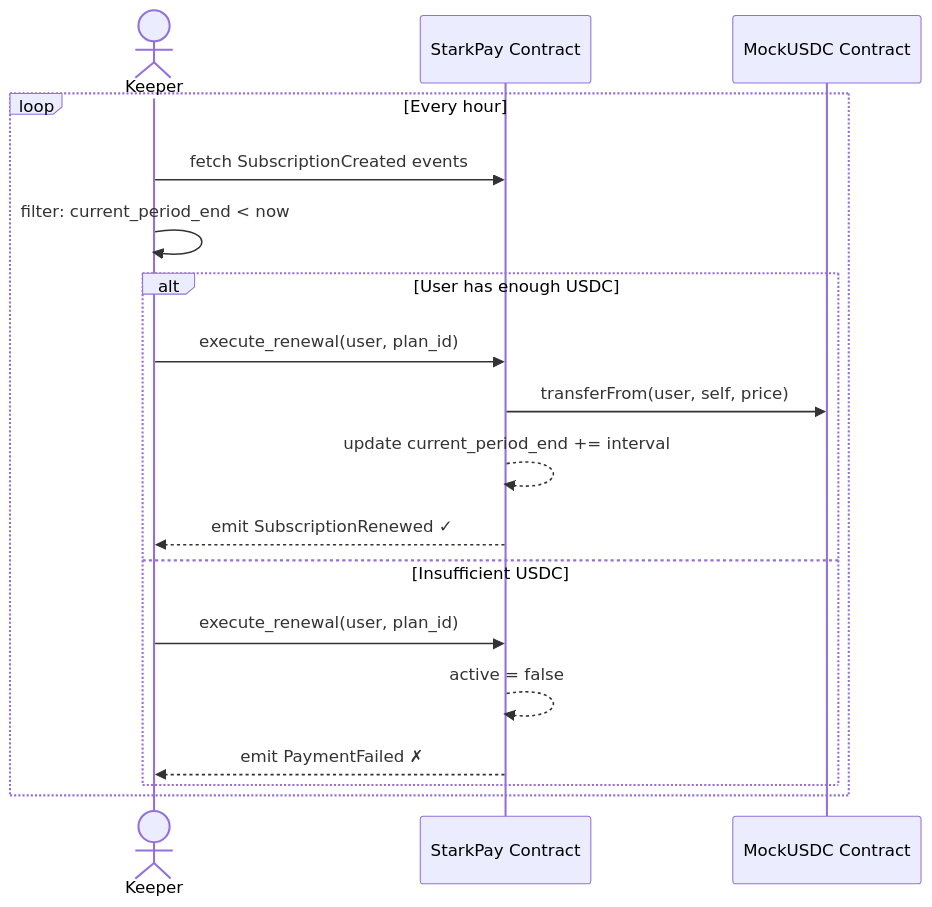
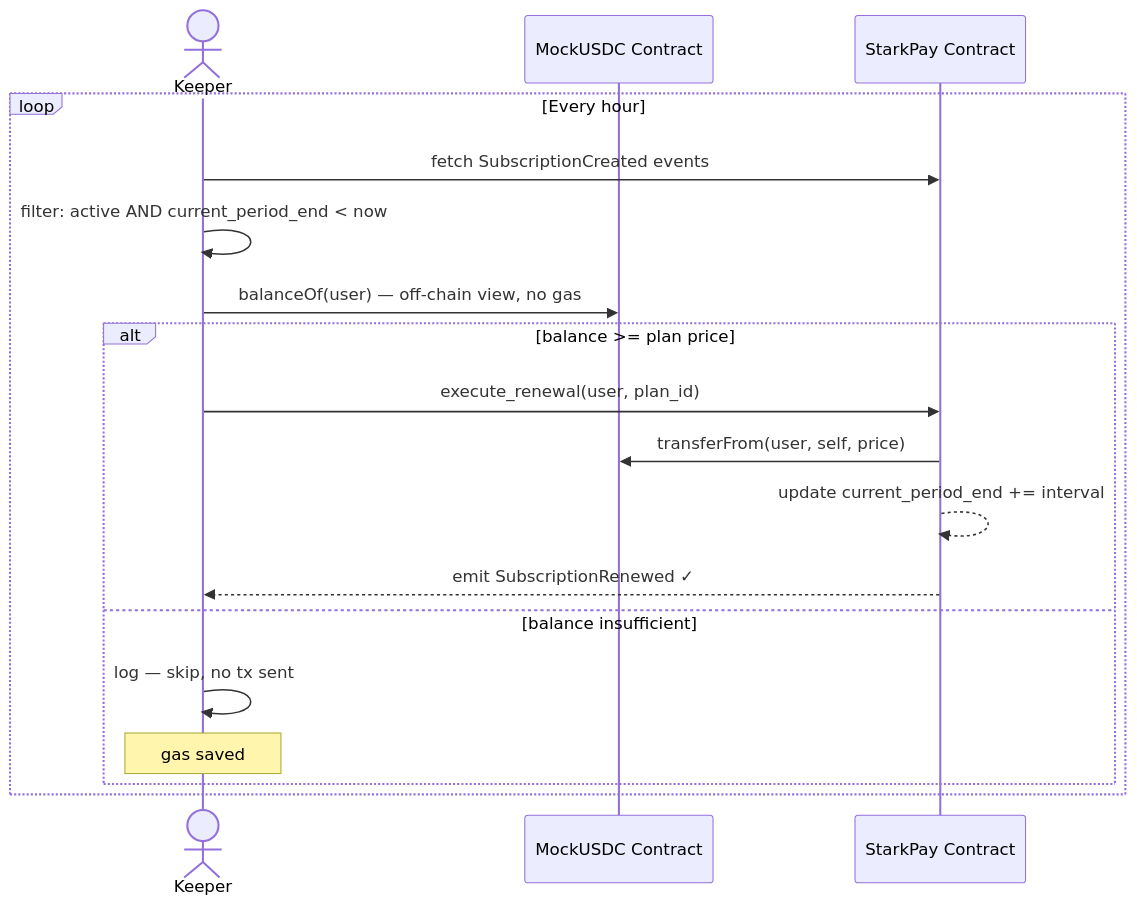
Before and after one commit to StarkPayHub/Frontend: the third of 3 diagrams in docs/getting-started/how-it-works.md, drawn with Mermaid. The commit also changed other lines of this file and 5 other files, not shown here.

````diff
--- a/docs/getting-started/how-it-works.md
+++ b/docs/getting-started/how-it-works.md
@@ -68,22 +68,22 @@
 ```mermaid
 sequenceDiagram
     actor Keeper
+    participant USDC as MockUSDC Contract
     participant SP as StarkPay Contract
-    participant USDC as MockUSDC Contract
 
     loop Every hour
         Keeper->>SP: fetch SubscriptionCreated events
-        Keeper->>Keeper: filter: current_period_end < now
+        Keeper->>Keeper: filter: active AND current_period_end < now
+        Keeper->>USDC: balanceOf(user) — off-chain view, no gas
 
-        alt User has enough USDC
+        alt balance >= plan price
             Keeper->>SP: execute_renewal(user, plan_id)
             SP->>USDC: transferFrom(user, self, price)
             SP-->>SP: update current_period_end += interval
             SP-->>Keeper: emit SubscriptionRenewed ✓
-        else Insufficient USDC
-            Keeper->>SP: execute_renewal(user, plan_id)
-            SP-->>SP: active = false
-            SP-->>Keeper: emit PaymentFailed ✗
+        else balance insufficient
+            Keeper->>Keeper: log — skip, no tx sent
+            note over Keeper: gas saved
         end
     end
 ```
````
